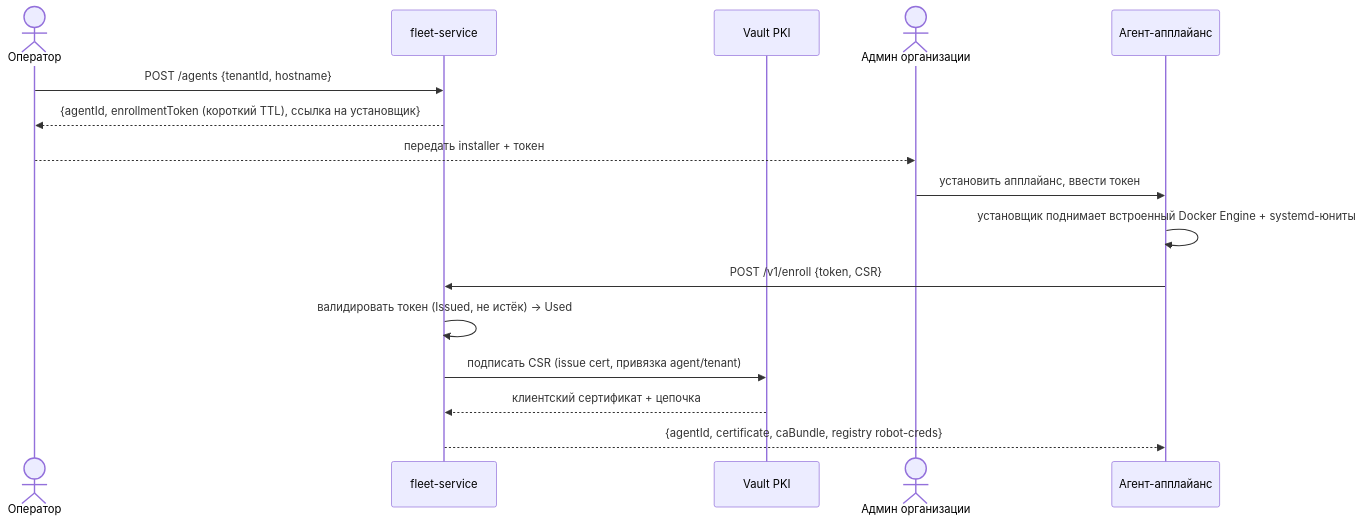
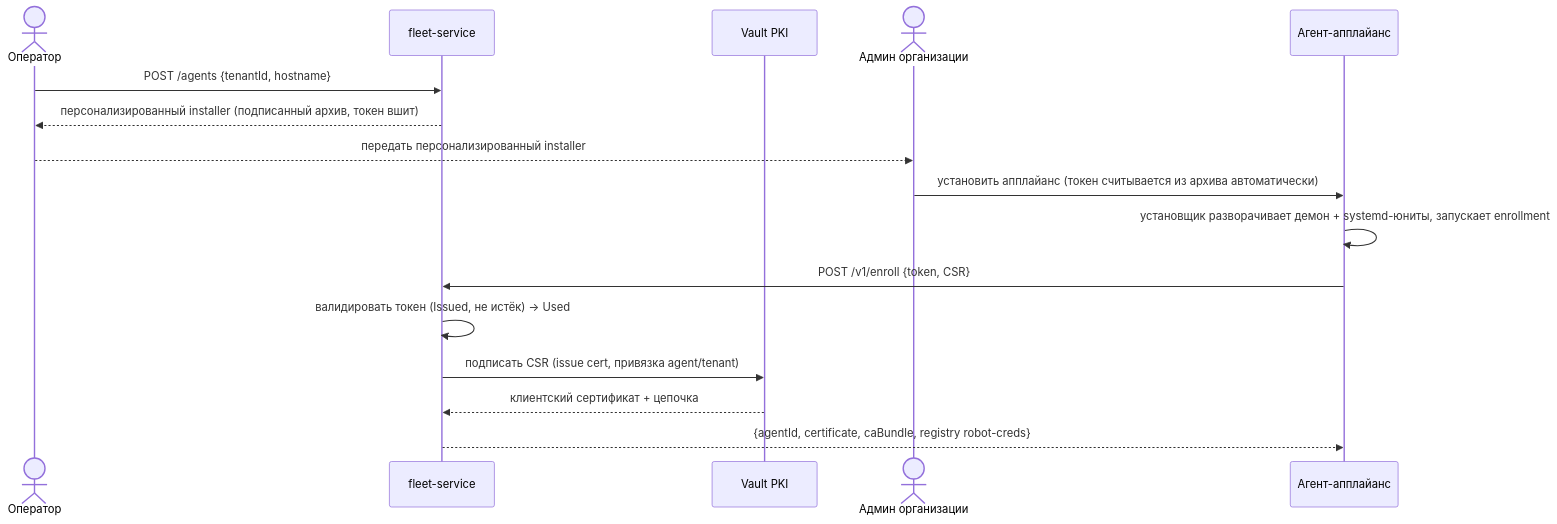
Diagram 11 of 14 in TECHNICAL_SPEC.md (shapovandreu/InversionWharf), drawn with Mermaid before and after one commit. The commit also changed other lines of this file, not shown here.

First line of the commit message:
security: close piracy and enrollment gaps in spec

````diff
--- a/TECHNICAL_SPEC.md
+++ b/TECHNICAL_SPEC.md
@@ -655,19 +657,19 @@
 ```mermaid
 sequenceDiagram
     actor Op as Оператор
     participant FLEET as fleet-service
     participant VAULT as Vault PKI
     actor Adm as Админ организации
     participant Ag as Агент-апплайанс
 
     Op->>FLEET: POST /agents {tenantId, hostname}
-    FLEET-->>Op: {agentId, enrollmentToken (короткий TTL), ссылка на установщик}
-    Op-->>Adm: передать installer + токен
-    Adm->>Ag: установить апплайанс, ввести токен
-    Ag->>Ag: установщик поднимает встроенный Docker Engine + systemd-юниты
+    FLEET-->>Op: персонализированный installer (подписанный архив, токен вшит)
+    Op-->>Adm: передать персонализированный installer
+    Adm->>Ag: установить апплайанс (токен считывается из архива автоматически)
+    Ag->>Ag: установщик разворачивает демон + systemd-юниты, запускает enrollment
     Ag->>FLEET: POST /v1/enroll {token, CSR}
     FLEET->>FLEET: валидировать токен (Issued, не истёк) → Used
     FLEET->>VAULT: подписать CSR (issue cert, привязка agent/tenant)
     VAULT-->>FLEET: клиентский сертификат + цепочка
     FLEET-->>Ag: {agentId, certificate, caBundle, registry robot-creds}
 ```
````
